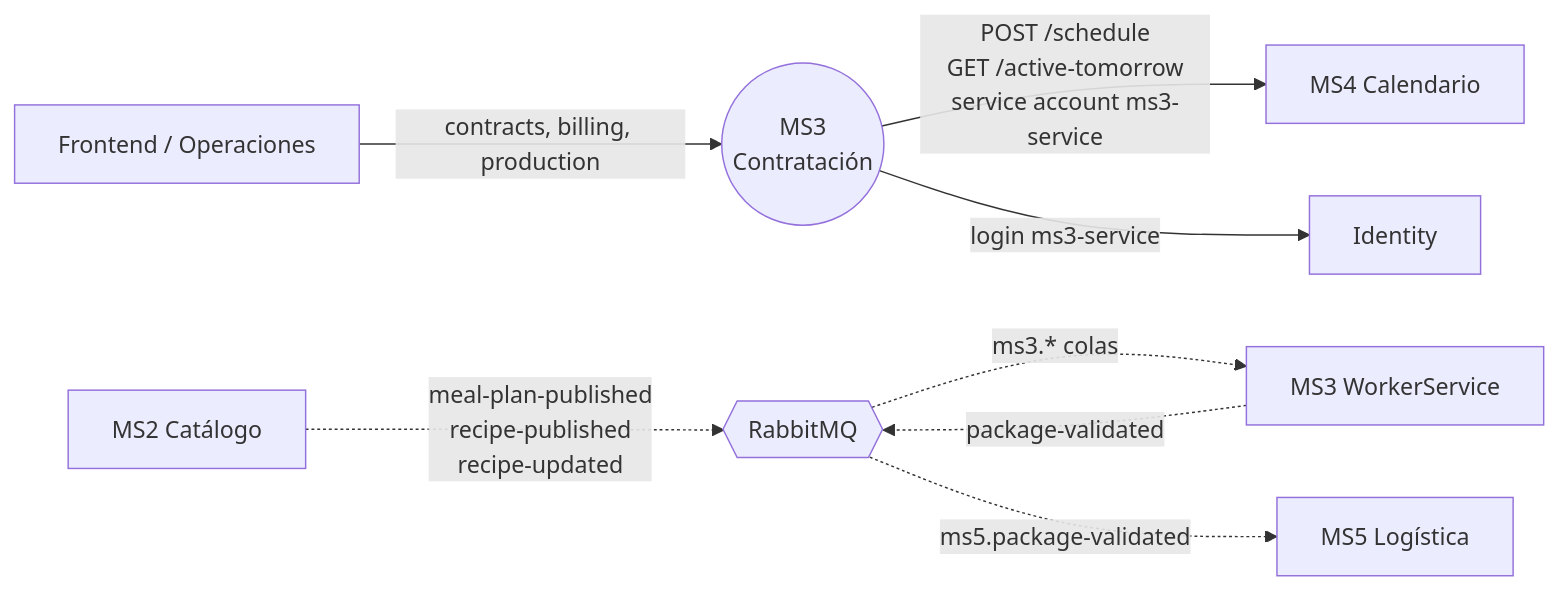
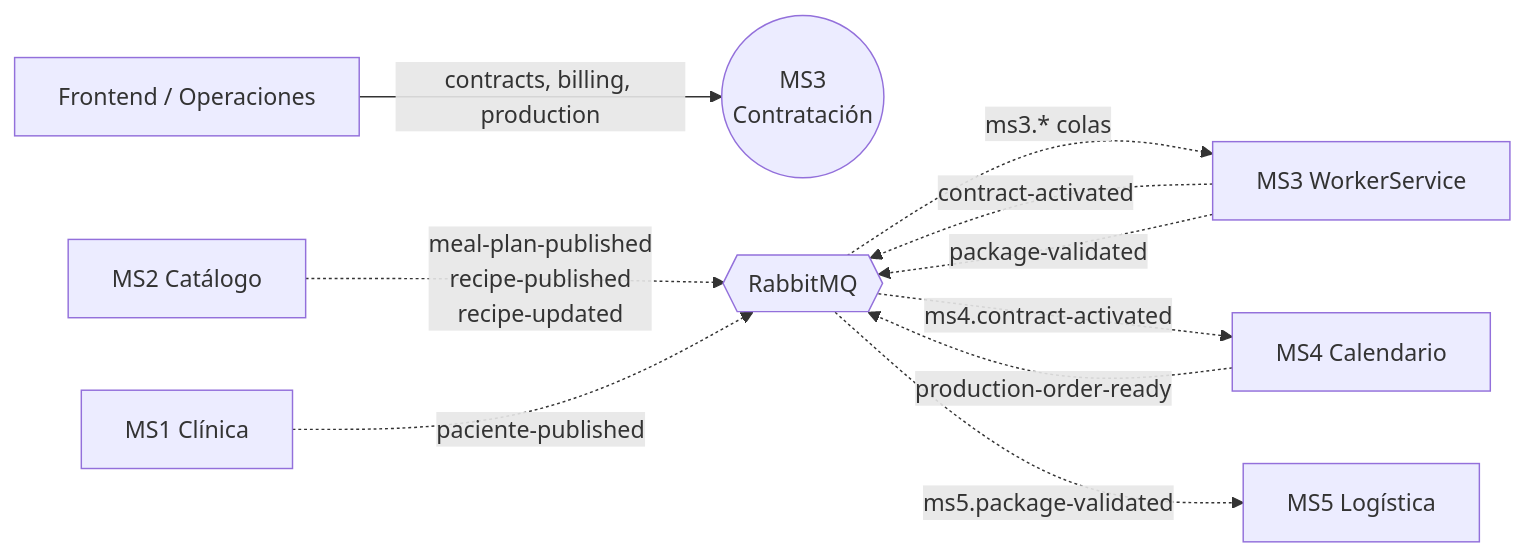
One commit to Nur-tricenter/knowledge changed the diagram in services/ms3-contracting/README.md. Above: the diagram before and after it, drawn with Mermaid. The commit also changed other lines of this file and 43 other files, not shown here.

````diff
--- a/services/ms3-contracting/README.md
+++ b/services/ms3-contracting/README.md
@@ -36,10 +37,12 @@
 ```mermaid
 flowchart LR
   FE[Frontend / Operaciones] -- "contracts, billing, production" --> MS3((MS3<br/>Contratación))
-  MS3 -- "POST /schedule<br/>GET /active-tomorrow<br/>service account ms3-service" --> MS4[MS4 Calendario]
-  MS3 -- "login ms3-service" --> ID[Identity]
   MS2[MS2 Catálogo] -. "meal-plan-published<br/>recipe-published<br/>recipe-updated" .-> MQ{{RabbitMQ}}
+  MS1[MS1 Clínica] -. "paciente-published" .-> MQ
+  MS4[MS4 Calendario] -. "production-order-ready" .-> MQ
   MQ -. "ms3.* colas" .-> W[MS3 WorkerService]
+  W -. "contract-activated" .-> MQ
+  MQ -. "ms4.contract-activated" .-> MS4
   W -. "package-validated" .-> MQ
   MQ -. "ms5.package-validated" .-> MS5[MS5 Logística]
 ```
````
